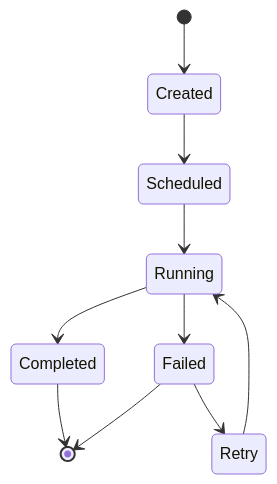
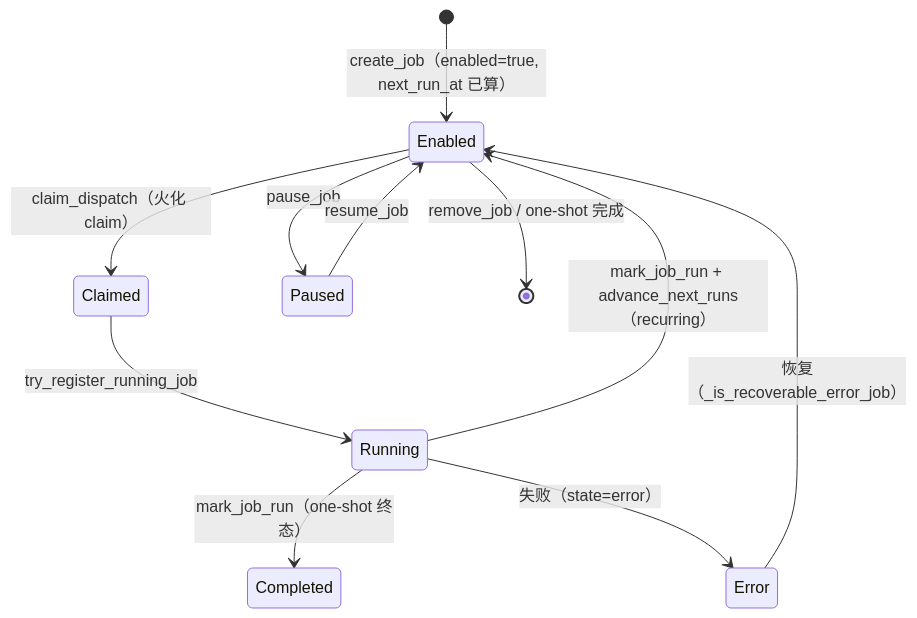
One commit to adrian9778/hermes-agent changed the second of 3 diagrams in docs/sourceReader/10-调度器与定时任务.md. Above: the diagram before and after it, drawn with Mermaid. The commit also changed other lines of this file and 22 other files, not shown here.

````diff
--- a/docs/sourceReader/10-调度器与定时任务.md
+++ b/docs/sourceReader/10-调度器与定时任务.md
@@ -58,12 +209,13 @@
 ```mermaid
 stateDiagram-v2
-    [*] --> Created
-    Created --> Scheduled
-    Scheduled --> Running
-    Running --> Completed
-    Running --> Failed
-    Failed --> Retry
-    Retry --> Running
-    Completed --> [*]
-    Failed --> [*]
+    [*] --> Enabled: create_job（enabled=true, next_run_at 已算）
+    Enabled --> Claimed: claim_dispatch（火化 claim）
+    Claimed --> Running: try_register_running_job
+    Running --> Enabled: mark_job_run + advance_next_runs（recurring）
+    Running --> Completed: mark_job_run（one-shot 终态）
+    Running --> Error: 失败（state=error）
+    Error --> Enabled: 恢复（_is_recoverable_error_job）
+    Enabled --> Paused: pause_job
+    Paused --> Enabled: resume_job
+    Enabled --> [*]: remove_job / one-shot 完成
 ```
````
